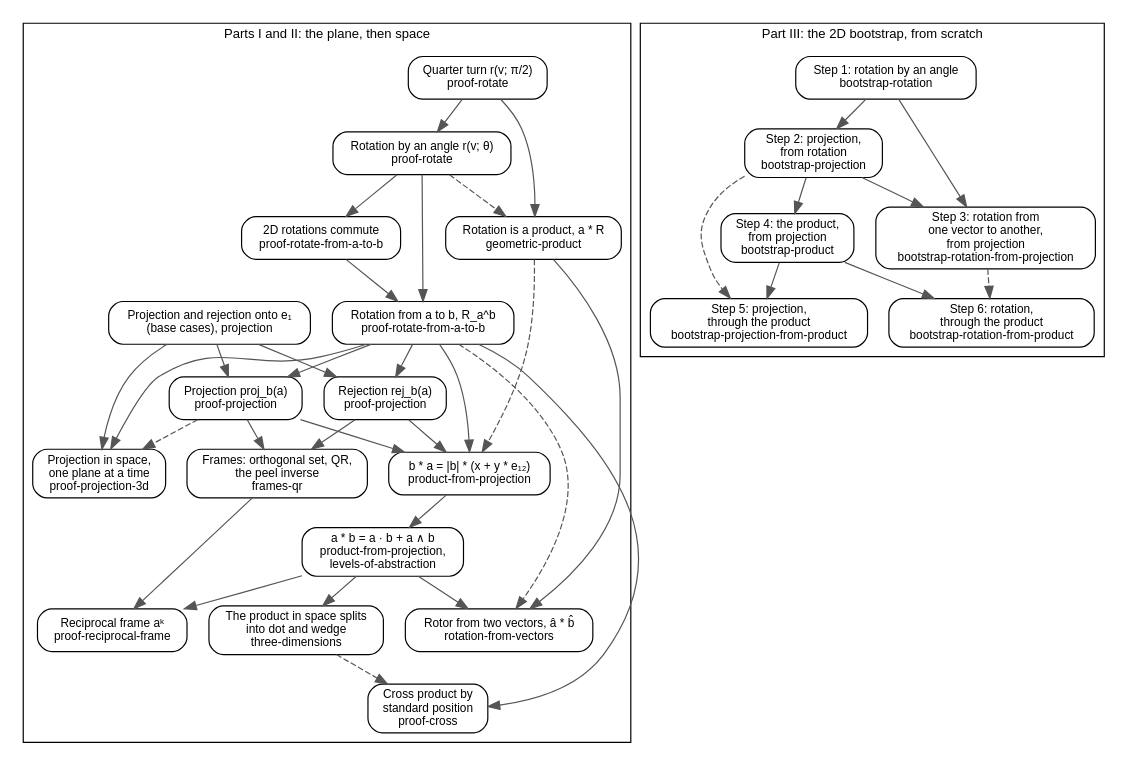
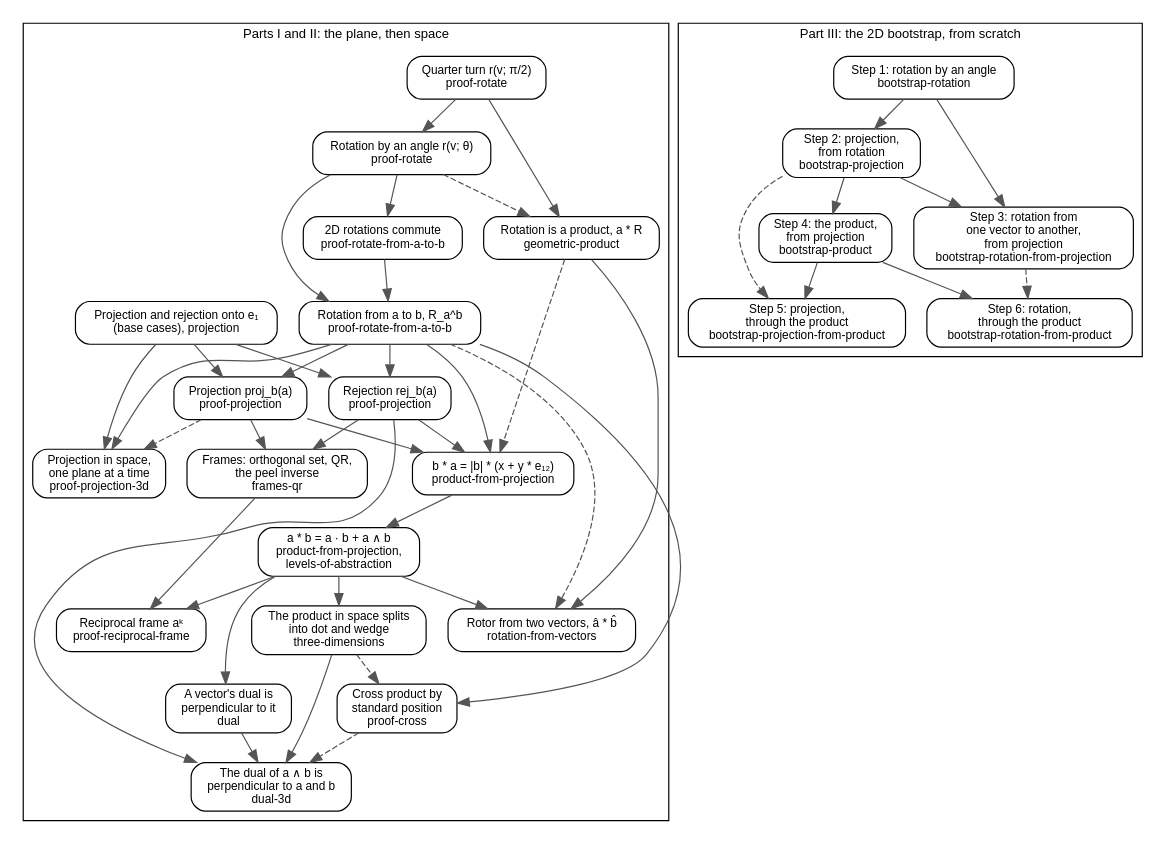
One commit to billsix/geometricalgebra changed the diagram in book/docs/proof-dependencies.dot. Above: the diagram before and after it, drawn with Graphviz. The commit also changed 6 other files, not shown here.

First line of the commit message:
book: fill the dual notebook, add the Dual in Space page (gate pending)

```diff
--- a/book/docs/proof-dependencies.dot
+++ b/book/docs/proof-dependencies.dot
@@ -1,78 +1,85 @@
 // Which results the book builds on which, one node per named result.
 // A solid arrow X -> Y: Y's construction uses X. A dashed arrow X -> Y: Y is checked
 // against X, but not built from it. The second line of each node is the page that
 // proves it. Kept by hand; the rules it encodes are in
 // tasks/reference/teaching-order-and-dependencies.md, which says how to update it.
 digraph proof_dependencies {
     graph [rankdir=TB, fontname="Helvetica", fontsize=11, nodesep=0.25, ranksep=0.35];
     node [shape=box, style="rounded", fontname="Helvetica", fontsize=10];
     edge [color="#555555"];
 
     subgraph cluster_part_1_2 {
         label="Parts I and II: the plane, then space";
         quarter [label="Quarter turn r(v; π/2)\nproof-rotate"];
         rotation_by_angle [label="Rotation by an angle r(v; θ)\nproof-rotate"];
         commute [label="2D rotations commute\nproof-rotate-from-a-to-b"];
         rotation_from_to [label="Rotation from a to b, R_a^b\nproof-rotate-from-a-to-b"];
         base_projection [label="Projection and rejection onto e₁\n(base cases), projection"];
         projection [label="Projection proj_b(a)\nproof-projection"];
         rejection [label="Rejection rej_b(a)\nproof-projection"];
         rotation_as_product [label="Rotation is a product, a * R\ngeometric-product"];
         product_from_projection [label="b * a = |b| * (x + y * e₁₂)\nproduct-from-projection"];
         dot_and_wedge [label="a * b = a · b + a ∧ b\nproduct-from-projection,\nlevels-of-abstraction"];
         rotor_from_vectors [label="Rotor from two vectors, â * b̂\nrotation-from-vectors"];
         product_in_space [label="The product in space splits\ninto dot and wedge\nthree-dimensions"];
         projection_in_space [label="Projection in space,\none plane at a time\nproof-projection-3d"];
         cross [label="Cross product by\nstandard position\nproof-cross"];
         frames [label="Frames: orthogonal set, QR,\nthe peel inverse\nframes-qr"];
         reciprocal_frame [label="Reciprocal frame aᵏ\nproof-reciprocal-frame"];
+        dual_perp [label="A vector's dual is\nperpendicular to it\ndual"];
+        dual_of_plane [label="The dual of a ∧ b is\nperpendicular to a and b\ndual-3d"];
 
         quarter -> rotation_by_angle;
         rotation_by_angle -> commute;
         rotation_by_angle -> rotation_from_to;
         commute -> rotation_from_to;
         rotation_from_to -> projection;
         rotation_from_to -> rejection;
         base_projection -> projection;
         base_projection -> rejection;
         quarter -> rotation_as_product;
         rotation_by_angle -> rotation_as_product [style=dashed];
         rotation_from_to -> product_from_projection;
         projection -> product_from_projection;
         rejection -> product_from_projection;
         rotation_as_product -> product_from_projection [style=dashed];
         product_from_projection -> dot_and_wedge;
         dot_and_wedge -> rotor_from_vectors;
         rotation_as_product -> rotor_from_vectors;
         rotation_from_to -> rotor_from_vectors [style=dashed];
         dot_and_wedge -> product_in_space;
         rotation_from_to -> projection_in_space;
         base_projection -> projection_in_space;
         projection -> projection_in_space [style=dashed];
         rotation_from_to -> cross;
         product_in_space -> cross [style=dashed];
         projection -> frames;
         rejection -> frames;
         frames -> reciprocal_frame;
         dot_and_wedge -> reciprocal_frame;
+        dot_and_wedge -> dual_perp;
+        product_in_space -> dual_of_plane;
+        rejection -> dual_of_plane;
+        dual_perp -> dual_of_plane;
+        cross -> dual_of_plane [style=dashed];
     }
 
     subgraph cluster_part_3 {
         label="Part III: the 2D bootstrap, from scratch";
         step_1 [label="Step 1: rotation by an angle\nbootstrap-rotation"];
         step_2 [label="Step 2: projection,\nfrom rotation\nbootstrap-projection"];
         step_3 [label="Step 3: rotation from\none vector to another,\nfrom projection\nbootstrap-rotation-from-projection"];
         step_4 [label="Step 4: the product,\nfrom projection\nbootstrap-product"];
         step_5 [label="Step 5: projection,\nthrough the product\nbootstrap-projection-from-product"];
         step_6 [label="Step 6: rotation,\nthrough the product\nbootstrap-rotation-from-product"];
 
         step_1 -> step_2;
         step_1 -> step_3;
         step_2 -> step_3;
         step_2 -> step_4;
         step_4 -> step_5;
         step_2 -> step_5 [style=dashed];
         step_4 -> step_6;
         step_3 -> step_6 [style=dashed];
     }
 }
```
